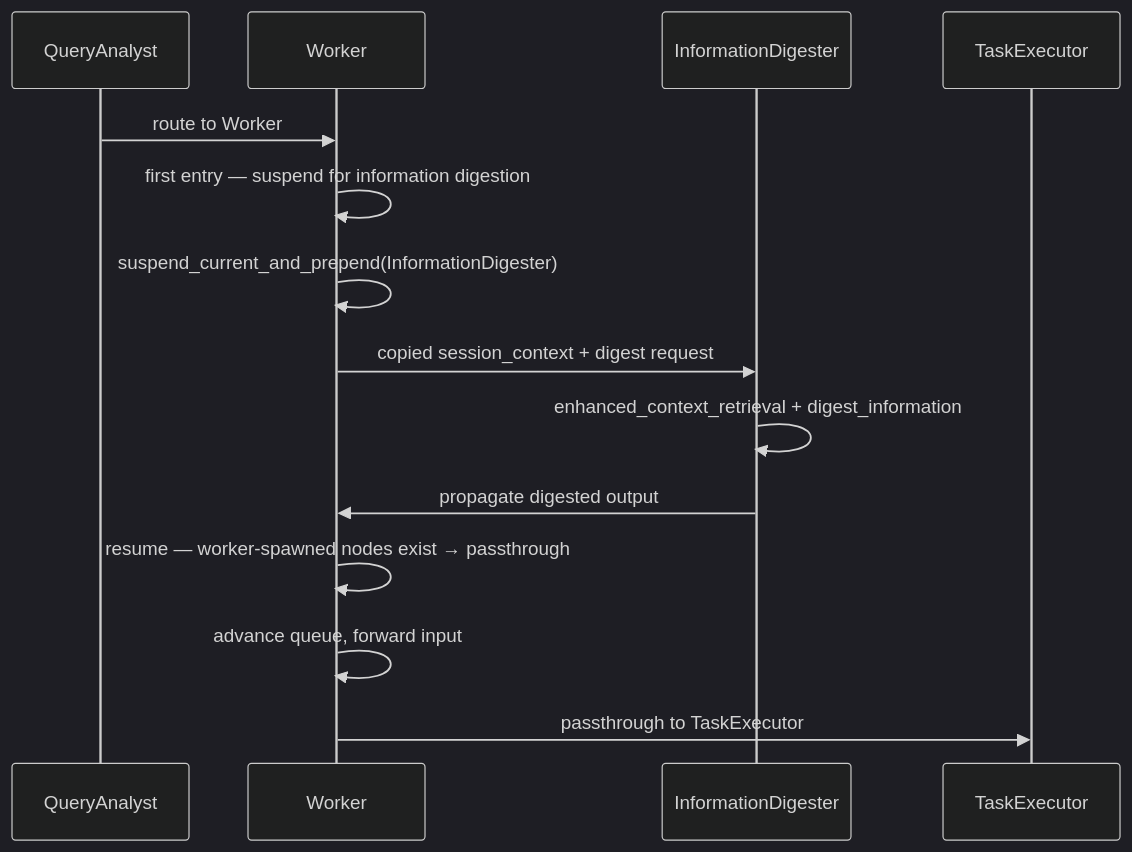
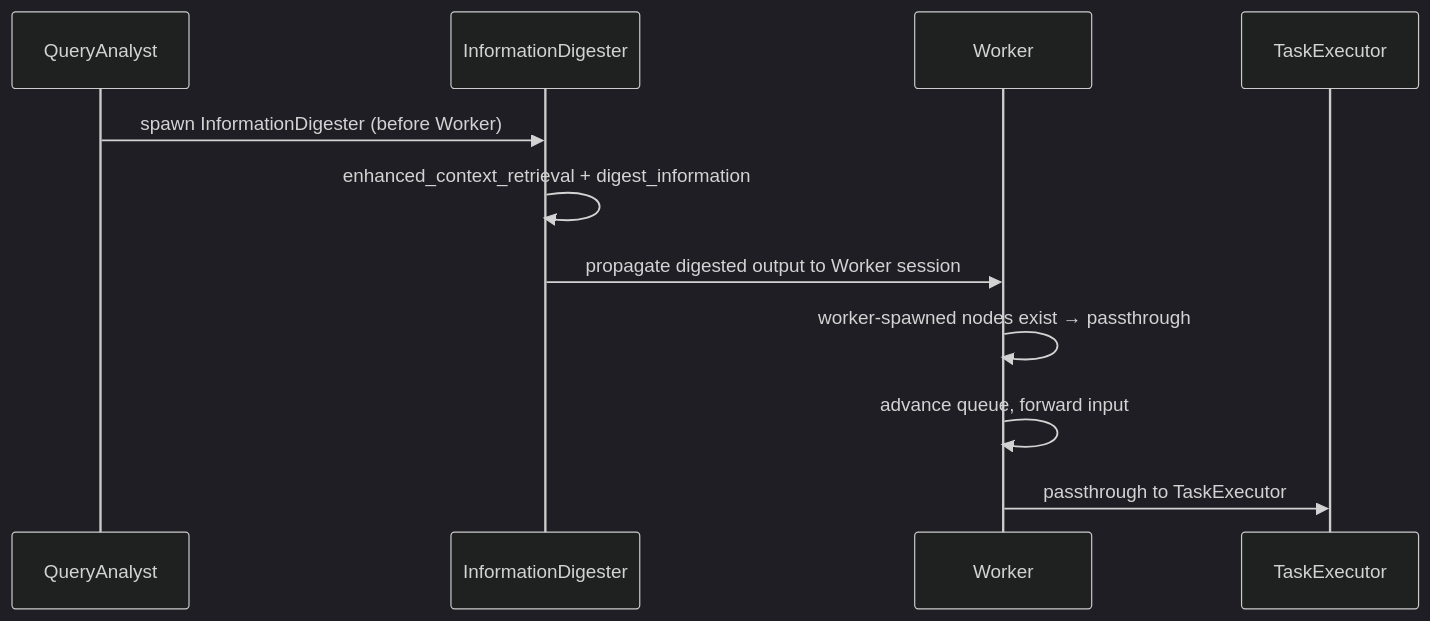
One commit to VJyzCELERY/TINYCUA changed the seventh of 17 diagrams in src/tinycua/docs/design/loops/expected_scenarios.md. Above: the diagram before and after it, drawn with Mermaid (dark theme). The commit also changed other lines of this file and 2 other files, not shown here.

First line of the commit message:
fix(design): simplify — QA spawns InformationDigester before Worker

````diff
--- a/src/tinycua/docs/design/loops/expected_scenarios.md
+++ b/src/tinycua/docs/design/loops/expected_scenarios.md
@@ -214,17 +208,14 @@
 ```mermaid
 sequenceDiagram
     participant QA as QueryAnalyst
+    participant ID as InformationDigester
     participant W as Worker
-    participant ID as InformationDigester
     participant TE as TaskExecutor
 
-    QA->>W: route to Worker
-    W->>W: first entry — suspend for information digestion
-    W->>W: suspend_current_and_prepend(InformationDigester)
-    W->>ID: copied session_context + digest request
+    QA->>ID: spawn InformationDigester (before Worker)
     ID->>ID: enhanced_context_retrieval + digest_information
-    ID->>W: propagate digested output
-    W->>W: resume — worker-spawned nodes exist → passthrough
+    ID->>W: propagate digested output to Worker session
+    W->>W: worker-spawned nodes exist → passthrough
     W->>W: advance queue, forward input
     W->>TE: passthrough to TaskExecutor
 ```
````
